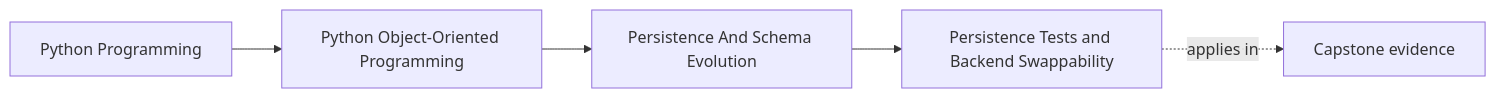
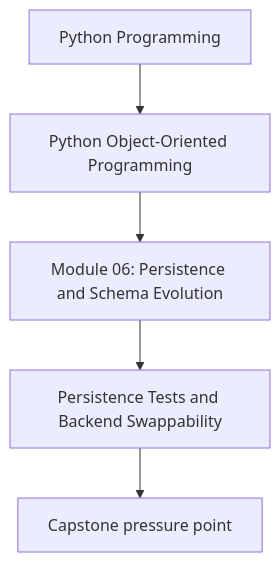
One commit to bijux/bijux-masterclass changed the first of 2 diagrams in programs/python-programming/python-object-oriented-programming/course-book/module-06-persistence-and-schema-evolution/persistence-tests-and-backend-swappability.md. Above: the diagram before and after it, drawn with Mermaid. The commit also changed other lines of this file and 107 other files, not shown here.

Commit message:
docs(python-object-oriented-programming): align concept page diagrams

````diff
--- a/programs/python-programming/python-object-oriented-programming/course-book/module-06-persistence-and-schema-evolution/persistence-tests-and-backend-swappability.md
+++ b/programs/python-programming/python-object-oriented-programming/course-book/module-06-persistence-and-schema-evolution/persistence-tests-and-backend-swappability.md
@@ -7,11 +7,7 @@
 ```mermaid
-graph LR
-  family["Python Programming"]
-  program["Python Object-Oriented Programming"]
-  section["Persistence And Schema Evolution"]
-  page["Persistence Tests and Backend Swappability"]
-  capstone["Capstone evidence"]
-
-  family --> program --> section --> page
-  page -.applies in.-> capstone
+flowchart TD
+  family["Python Programming"] --> program["Python Object-Oriented Programming"]
+  program --> module["Module 06: Persistence and Schema Evolution"]
+  module --> concept["Persistence Tests and Backend Swappability"]
+  concept --> capstone["Capstone pressure point"]
 ```
````
